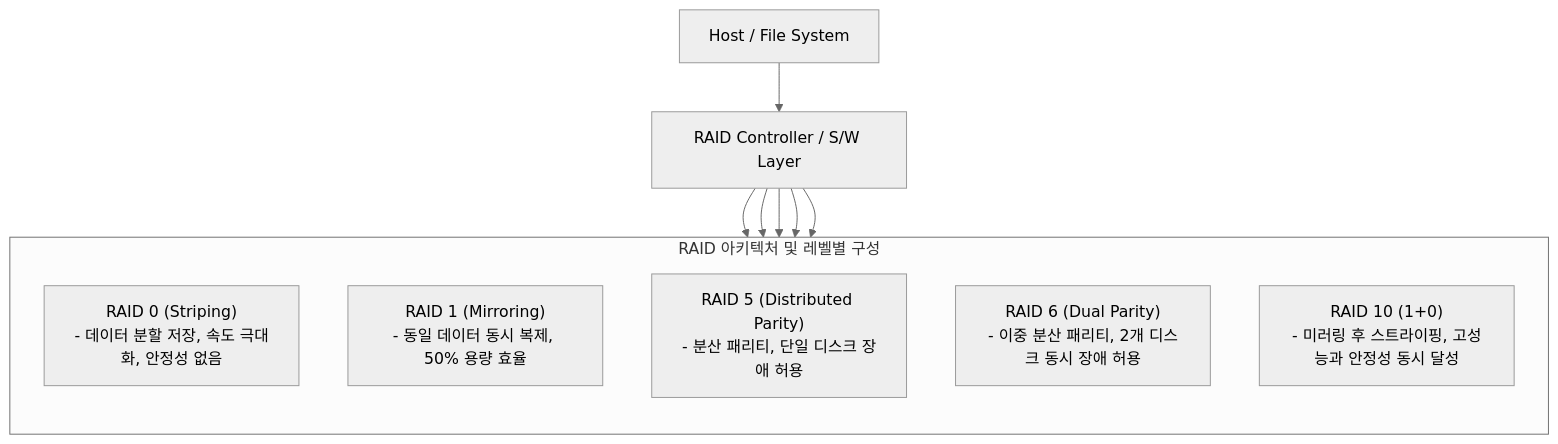
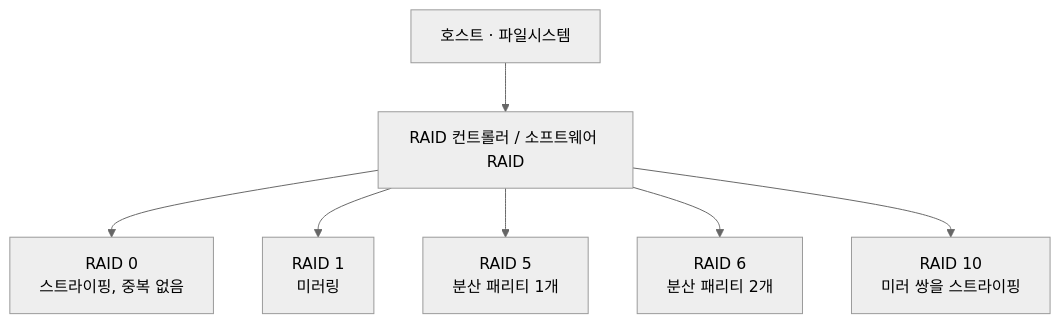
Before and after one commit to supremethumb/supremethumb.github.io: the diagram in content/01_IT Tech/RAID.md, drawn with Mermaid (neutral theme). The commit also changed other lines of this file and 1087 other files, not shown here.

````diff
--- a/content/01_IT Tech/RAID.md
+++ b/content/01_IT Tech/RAID.md
@@ -23,20 +34,9 @@
 ```mermaid
 flowchart TD
-    Host["Host / File System"] --> Controller["RAID Controller / S/W Layer"]
-    
-    subgraph RAID_Levels ["RAID 아키텍처 및 레벨별 구성"]
-        direction TB
-        R0["RAID 0 (Striping)<br/>- 데이터 분할 저장, 속도 극대화, 안정성 없음"]
-        R1["RAID 1 (Mirroring)<br/>- 동일 데이터 동시 복제, 50% 용량 효율"]
-        R5["RAID 5 (Distributed Parity)<br/>- 분산 패리티, 단일 디스크 장애 허용"]
-        R6["RAID 6 (Dual Parity)<br/>- 이중 분산 패리티, 2개 디스크 동시 장애 허용"]
-        R10["RAID 10 (1+0)<br/>- 미러링 후 스트라이핑, 고성능과 안정성 동시 달성"]
-    end
-    
-    Controller --> R0
-    Controller --> R1
-    Controller --> R5
-    Controller --> R6
-    Controller --> R10
-
+    H["호스트 · 파일시스템"] --> C["RAID 컨트롤러 / 소프트웨어 RAID"]
+    C --> R0["RAID 0<br/>스트라이핑, 중복 없음"]
+    C --> R1["RAID 1<br/>미러링"]
+    C --> R5["RAID 5<br/>분산 패리티 1개"]
+    C --> R6["RAID 6<br/>분산 패리티 2개"]
+    C --> R10["RAID 10<br/>미러 쌍을 스트라이핑"]
 ```
````
